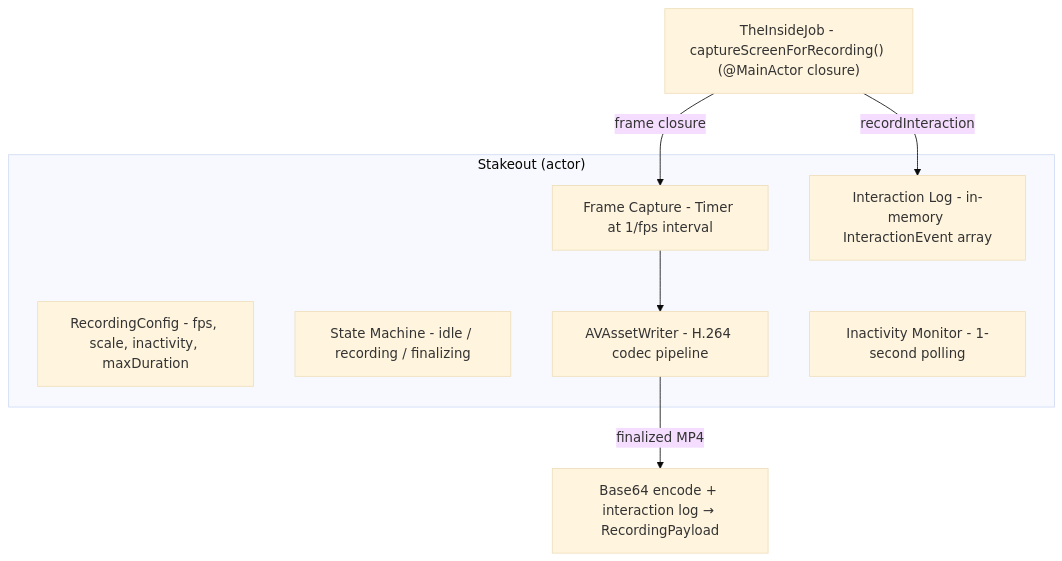
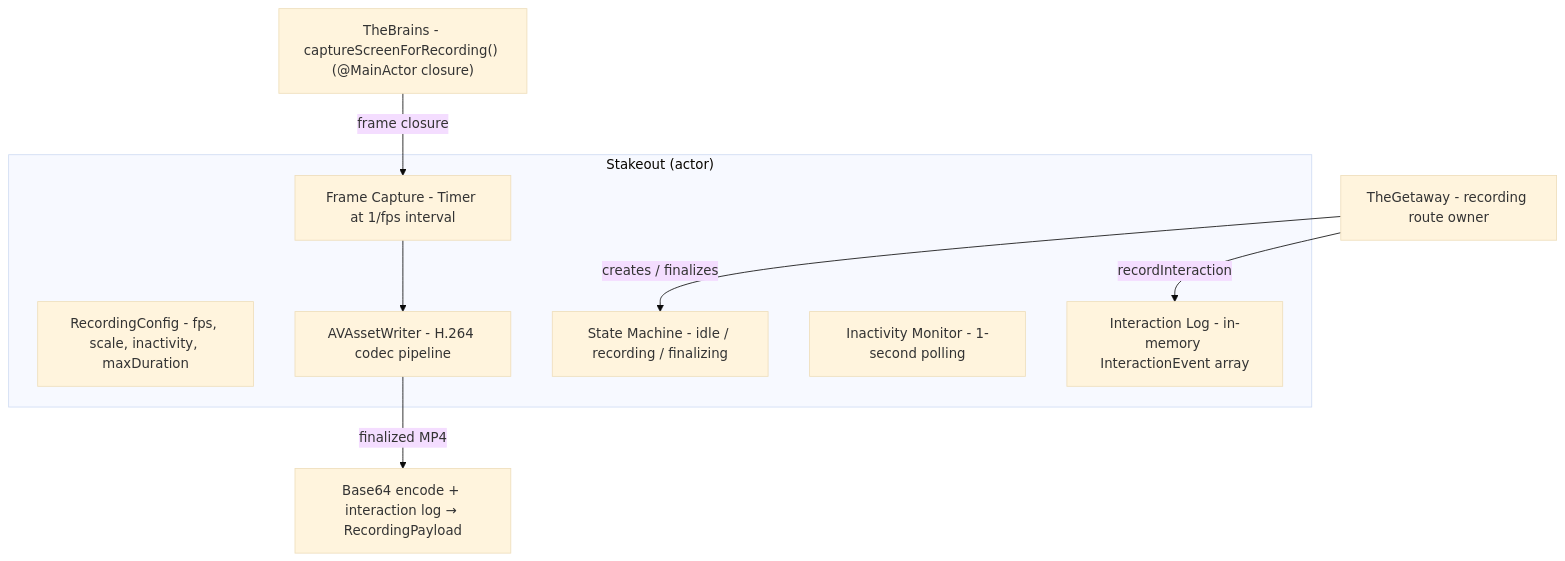
The first of 4 diagrams in docs/dossiers/16-THESTAKEOUT.md (RoyalPineapple/TheButtonHeist), drawn with Mermaid (base theme) before and after one commit. The commit also changed other lines of this file and 36 other files, not shown here.

````diff
--- a/docs/dossiers/16-THESTAKEOUT.md
+++ b/docs/dossiers/16-THESTAKEOUT.md
@@ -22,16 +22,17 @@
 ```mermaid
 graph TD
     subgraph Stakeout["Stakeout (actor)"]
         Config["RecordingConfig - fps, scale, inactivity, maxDuration"]
         State["State Machine - idle / recording / finalizing"]
         Capture["Frame Capture - Timer at 1/fps interval"]
         Encoder["AVAssetWriter - H.264 codec pipeline"]
         InactMon["Inactivity Monitor - 1-second polling"]
         IntLog["Interaction Log - in-memory InteractionEvent array"]
     end
 
-    TheInsideJob["TheInsideJob - captureScreenForRecording() (@MainActor closure)"] -->|frame closure| Capture
-    TheInsideJob -->|recordInteraction| IntLog
+    TheGetaway["TheGetaway - recording route owner"] -->|creates / finalizes| State
+    Brains["TheBrains - captureScreenForRecording() (@MainActor closure)"] -->|frame closure| Capture
+    TheGetaway -->|recordInteraction| IntLog
     Capture --> Encoder
     Encoder -->|finalized MP4| Deliver["Base64 encode + interaction log → RecordingPayload"]
 ```
````
